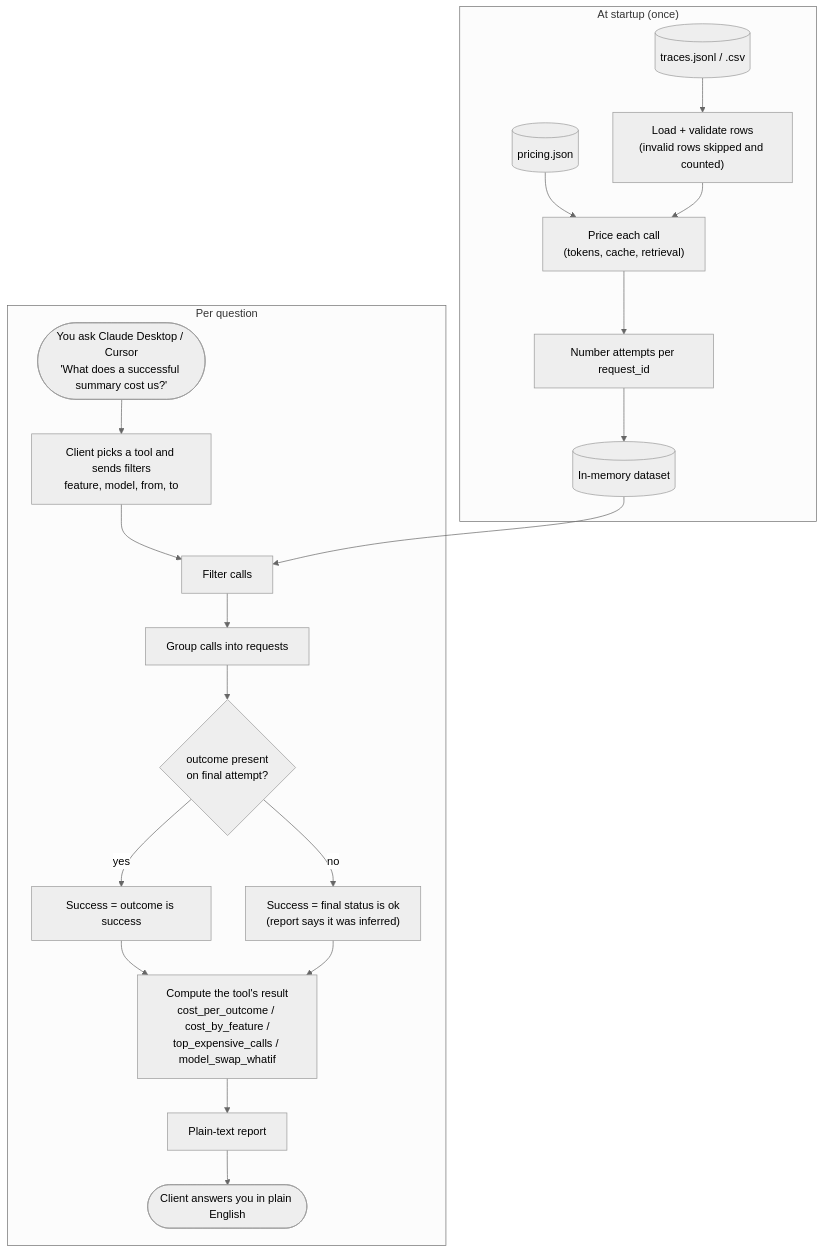
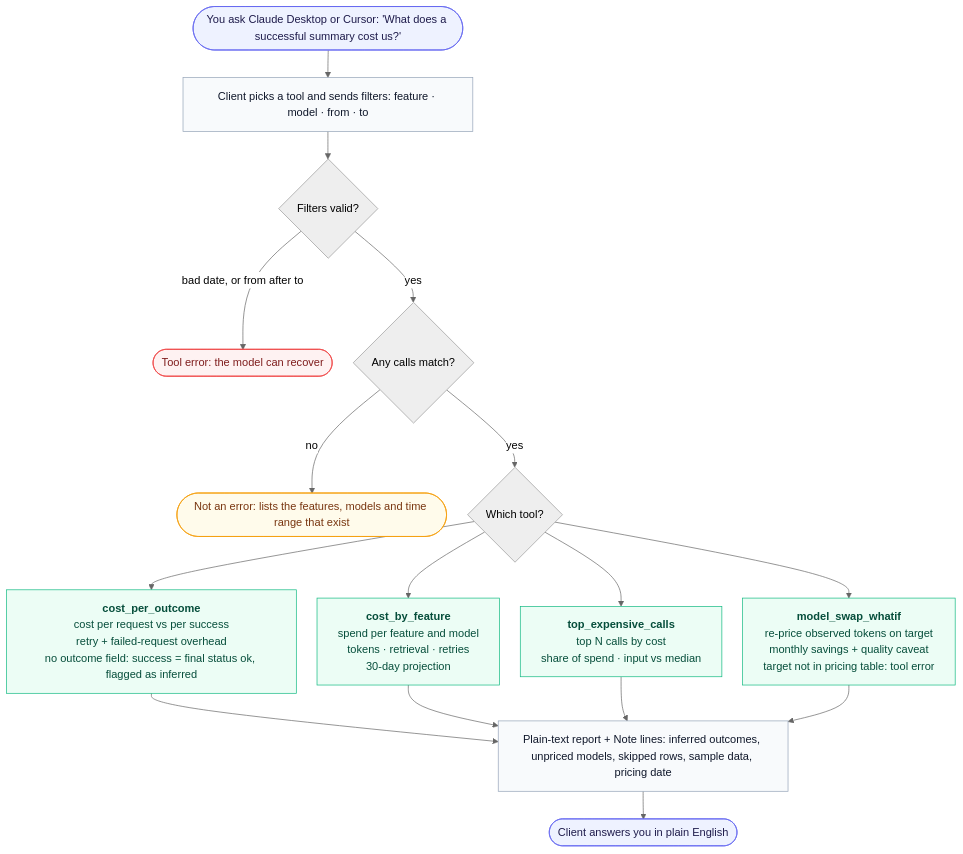
Before and after one commit to ankitjha22819/cost-per-outcome-mcp: the second of 2 diagrams in Readme.md, drawn with Mermaid (neutral theme). The commit also changed other lines of this file, not shown here.

````diff
--- a/Readme.md
+++ b/Readme.md
@@ -93,24 +116,28 @@
 ```mermaid
+%%{init: {"flowchart": {"wrappingWidth": 360, "nodeSpacing": 30, "rankSpacing": 40}}}%%
 flowchart TD
-    subgraph startup["At startup (once)"]
-        T[("traces.jsonl / .csv")] --> L["Load + validate rows<br/>(invalid rows skipped and counted)"]
-        P[("pricing.json")] --> PR["Price each call<br/>(tokens, cache, retrieval)"]
-        L --> PR
-        PR --> A["Number attempts per request_id"]
-        A --> D[("In-memory dataset")]
-    end
+    classDef input fill:#eef2ff,stroke:#6366f1,color:#1e1b4b
+    classDef step fill:#f8fafc,stroke:#94a3b8,color:#0f172a
+    classDef tool fill:#ecfdf5,stroke:#10b981,color:#064e3b
+    classDef warn fill:#fffbeb,stroke:#f59e0b,color:#78350f
+    classDef stop fill:#fef2f2,stroke:#ef4444,color:#7f1d1d
 
-    subgraph question["Per question"]
-        U(["You ask Claude Desktop / Cursor<br/>'What does a successful summary cost us?'"]) --> C["Client picks a tool and sends filters<br/>feature, model, from, to"]
-        C --> F["Filter calls"]
-        D --> F
-        F --> G["Group calls into requests"]
-        G --> O{"outcome present<br/>on final attempt?"}
-        O -- yes --> S["Success = outcome is success"]
-        O -- no --> I["Success = final status is ok<br/>(report says it was inferred)"]
-        S --> M["Compute the tool's result<br/>cost_per_outcome / cost_by_feature /<br/>top_expensive_calls / model_swap_whatif"]
-        I --> M
-        M --> R["Plain-text report"]
-        R --> Z(["Client answers you in plain English"])
-    end
+    U(["You ask Claude Desktop or Cursor: 'What does a successful summary cost us?'"]):::input
+    U --> C["Client picks a tool and sends filters: feature · model · from · to"]:::step
+    C --> V{"Filters valid?"}
+    V -- "bad date, or from after to" --> E1(["Tool error: the model can recover"]):::stop
+    V -- yes --> F{"Any calls match?"}
+    F -- no --> E2(["Not an error: lists the features, models and time range that exist"]):::warn
+    F -- yes --> TOOL{"Which tool?"}
+
+    TOOL --> T1["<b>cost_per_outcome</b><br/>cost per request vs per success<br/>retry + failed-request overhead<br/>no outcome field: success = final status ok, flagged as inferred"]:::tool
+    TOOL --> T2["<b>cost_by_feature</b><br/>spend per feature and model<br/>tokens · retrieval · retries<br/>30-day projection"]:::tool
+    TOOL --> T3["<b>top_expensive_calls</b><br/>top N calls by cost<br/>share of spend · input vs median"]:::tool
+    TOOL --> T4["<b>model_swap_whatif</b><br/>re-price observed tokens on target<br/>monthly savings + quality caveat<br/>target not in pricing table: tool error"]:::tool
+
+    T1 --> R
+    T2 --> R
+    T3 --> R
+    T4 --> R["Plain-text report + Note lines: inferred outcomes, unpriced models, skipped rows, sample data, pricing date"]:::step
+    R --> Z(["Client answers you in plain English"]):::input
 ```
````
